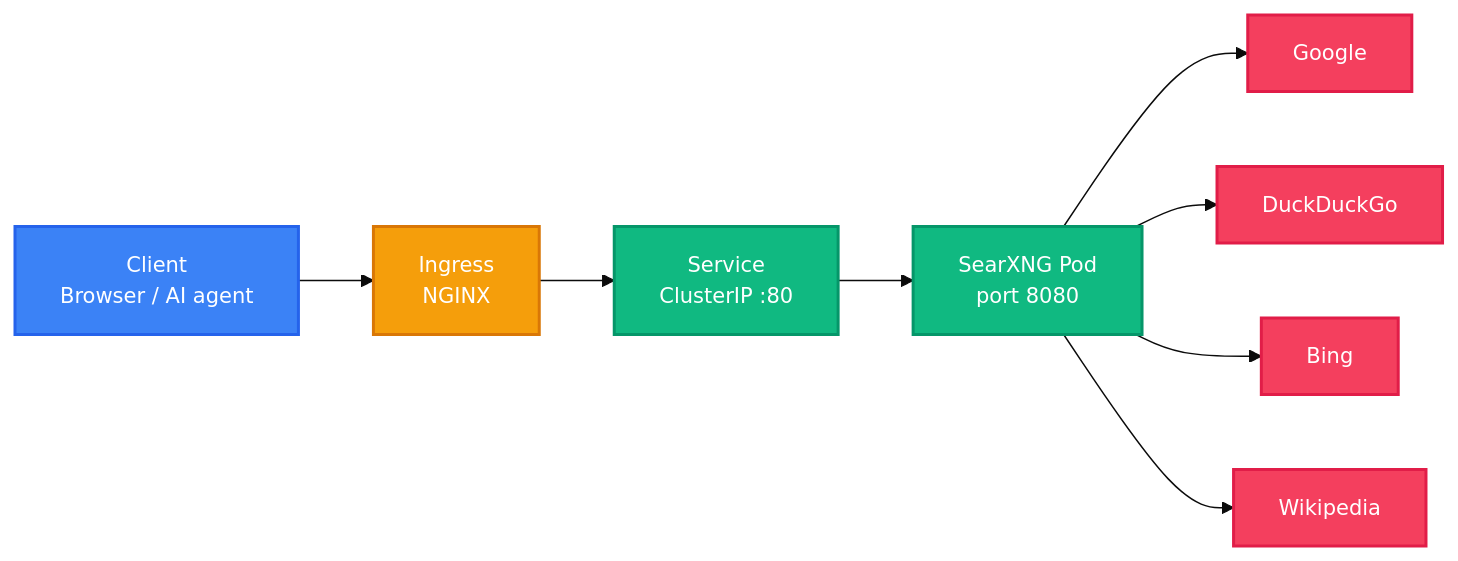
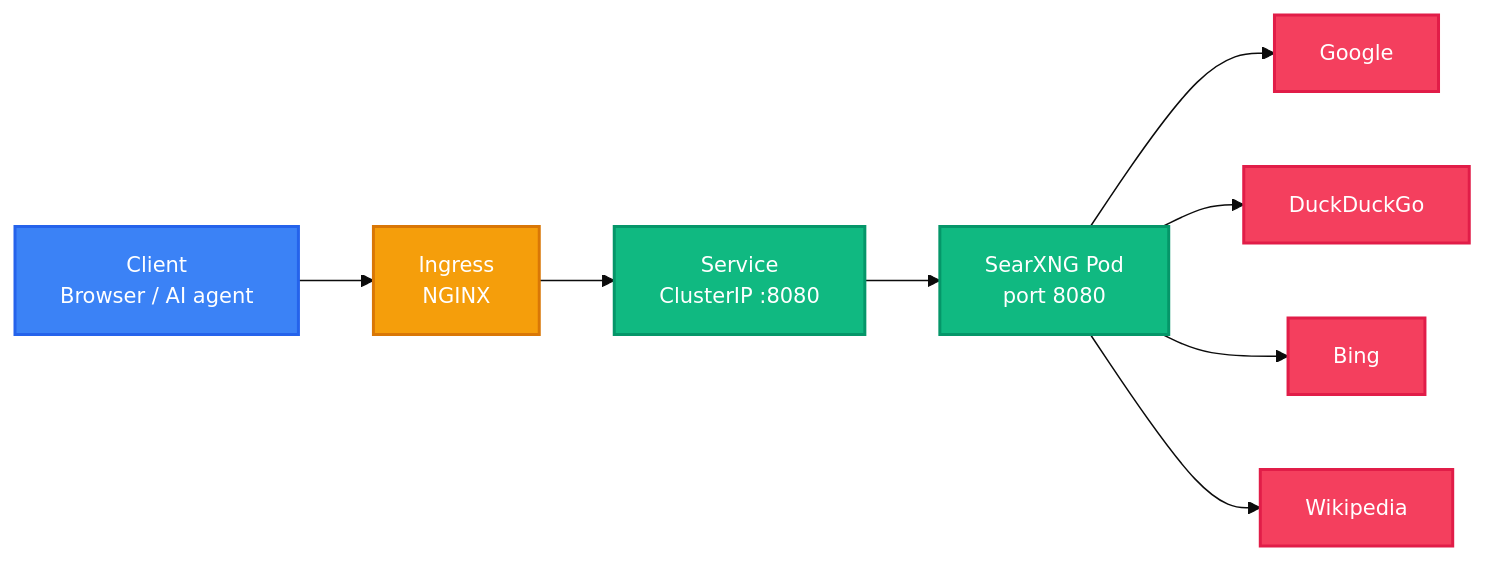
The diagram in README.md (kairosys/searxng), drawn with Mermaid before and after one commit. The commit also changed 2 other files, not shown here.

Commit message:
feat: update SearXNG deployment to use port 8080 for service and ingress

````diff
--- a/README.md
+++ b/README.md
@@ -77,21 +77,21 @@
 ```mermaid
 %%{init: {'theme': 'base', 'themeVariables': {'fontSize': '14px'}}}%%
 graph LR
     A[Client<br/>Browser / AI agent] --> B[Ingress<br/>NGINX]
-    B --> C[Service<br/>ClusterIP :80]
+    B --> C[Service<br/>ClusterIP :8080]
     C --> D[SearXNG Pod<br/>port 8080]
     D --> E[Google]
     D --> F[DuckDuckGo]
     D --> G[Bing]
     D --> H[Wikipedia]
 
     classDef client fill:#3B82F6,stroke:#2563EB,color:#fff,stroke-width:2px
     classDef gateway fill:#F59E0B,stroke:#D97706,color:#fff,stroke-width:2px
     classDef service fill:#10B981,stroke:#059669,color:#fff,stroke-width:2px
     classDef external fill:#F43F5E,stroke:#E11D48,color:#fff,stroke-width:2px
 
     class A client
     class B gateway
     class C,D service
     class E,F,G,H external
 ```
````
